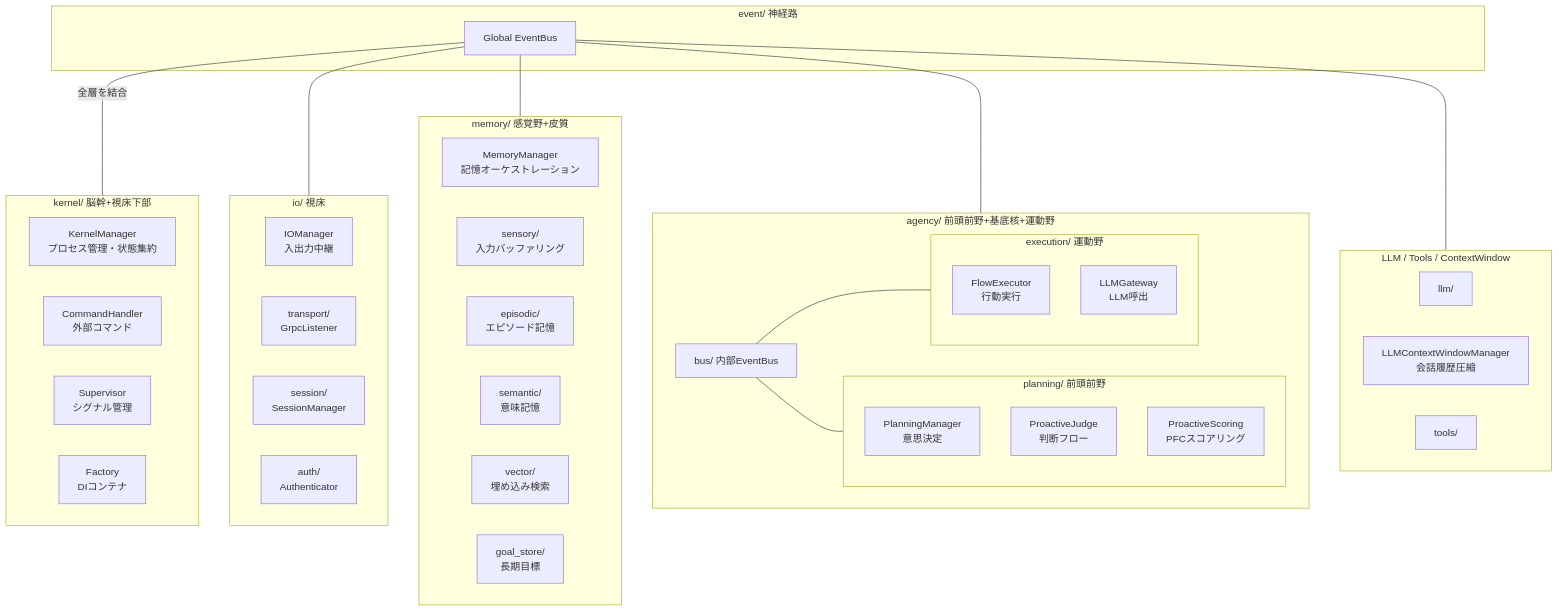
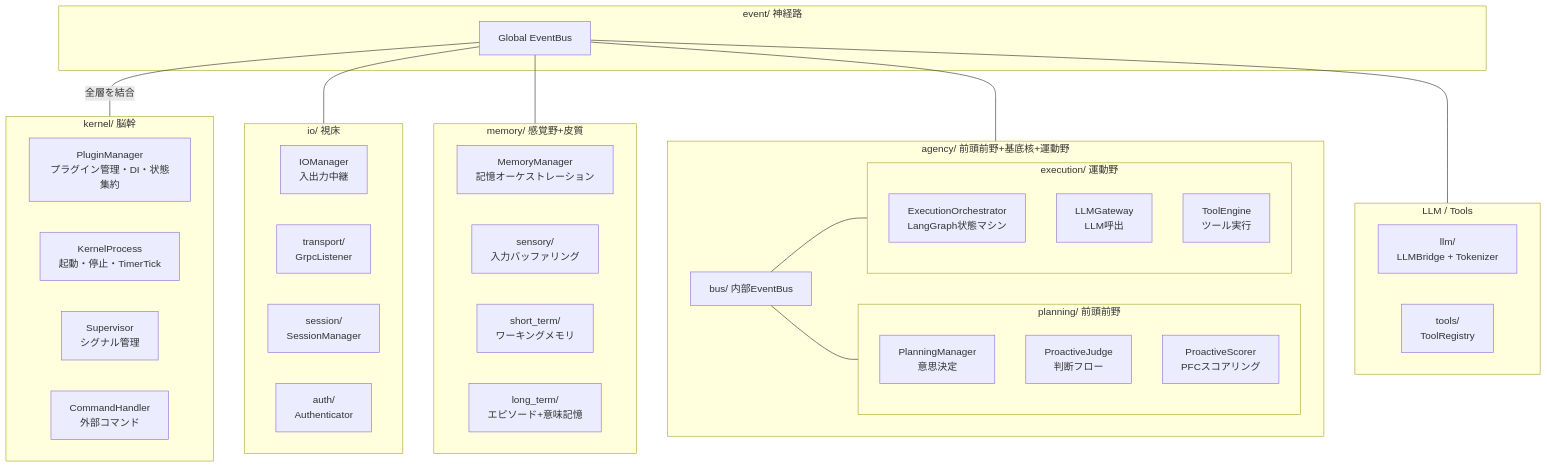
The first of 4 diagrams in docs/architecture.md (ibukani/iris-mind), drawn with Mermaid before and after one commit. The commit also changed other lines of this file and 5 other files, not shown here.

````diff
--- a/docs/architecture.md
+++ b/docs/architecture.md
@@ -9,59 +9,57 @@
 ```mermaid
 flowchart TD
-    subgraph Kernel["kernel/ 脳幹+視床下部"]
-        K_Manager["KernelManager<br/>プロセス管理・状態集約"]
+    subgraph Kernel["kernel/ 脳幹"]
+        K_Plugin["PluginManager<br/>プラグイン管理・DI・状態集約"]
+        K_Process["KernelProcess<br/>起動・停止・TimerTick"]
+        K_Supervisor["Supervisor<br/>シグナル管理"]
         K_Command["CommandHandler<br/>外部コマンド"]
-        K_Supervisor["Supervisor<br/>シグナル管理"]
-        K_Factory["Factory<br/>DIコンテナ"]
     end
 
     subgraph IO["io/ 視床"]
         IO_Manager["IOManager<br/>入出力中継"]
         IO_Trans["transport/<br/>GrpcListener"]
         IO_Session["session/<br/>SessionManager"]
         IO_Auth["auth/<br/>Authenticator"]
     end
 
     subgraph Memory["memory/ 感覚野+皮質"]
         M_Manager["MemoryManager<br/>記憶オーケストレーション"]
         M_Sensory["sensory/<br/>入力バッファリング"]
-        M_Episodic["episodic/<br/>エピソード記憶"]
-        M_Semantic["semantic/<br/>意味記憶"]
-        M_Vector["vector/<br/>埋め込み検索"]
-        M_Goal["goal_store/<br/>長期目標"]
+        M_STM["short_term/<br/>ワーキングメモリ"]
+        M_LTM["long_term/<br/>エピソード+意味記憶"]
     end
 
     subgraph Agency["agency/ 前頭前野+基底核+運動野"]
         A_Bus["bus/ 内部EventBus"]
 
         subgraph Planning["planning/ 前頭前野"]
             P_Manager["PlanningManager<br/>意思決定"]
             P_Judge["ProactiveJudge<br/>判断フロー"]
-            P_Scoring["ProactiveScoring<br/>PFCスコアリング"]
+            P_Scoring["ProactiveScorer<br/>PFCスコアリング"]
         end
 
         subgraph Execution["execution/ 運動野"]
-            E_Exec["FlowExecutor<br/>行動実行"]
+            E_Orch["ExecutionOrchestrator<br/>LangGraph状態マシン"]
             E_LLM["LLMGateway<br/>LLM呼出"]
+            E_Engine["ToolEngine<br/>ツール実行"]
         end
     end
 
-    subgraph Infra["LLM / Tools / ContextWindow"]
-        I_LLM["llm/"]
-        I_CW["LLMContextWindowManager<br/>会話履歴圧縮"]
-        I_TOOLS["tools/"]
+    subgraph Infra["LLM / Tools"]
+        I_LLM["llm/<br/>LLMBridge + Tokenizer"]
+        I_TOOLS["tools/<br/>ToolRegistry"]
     end
 
     subgraph Event["event/ 神経路"]
         EB["Global EventBus"]
     end
 
     EB ---|全層を結合| Kernel
     EB --- IO
     EB --- Memory
     EB --- Agency
     EB --- Infra
 
     A_Bus --- Planning
     A_Bus --- Execution
 ```
````
